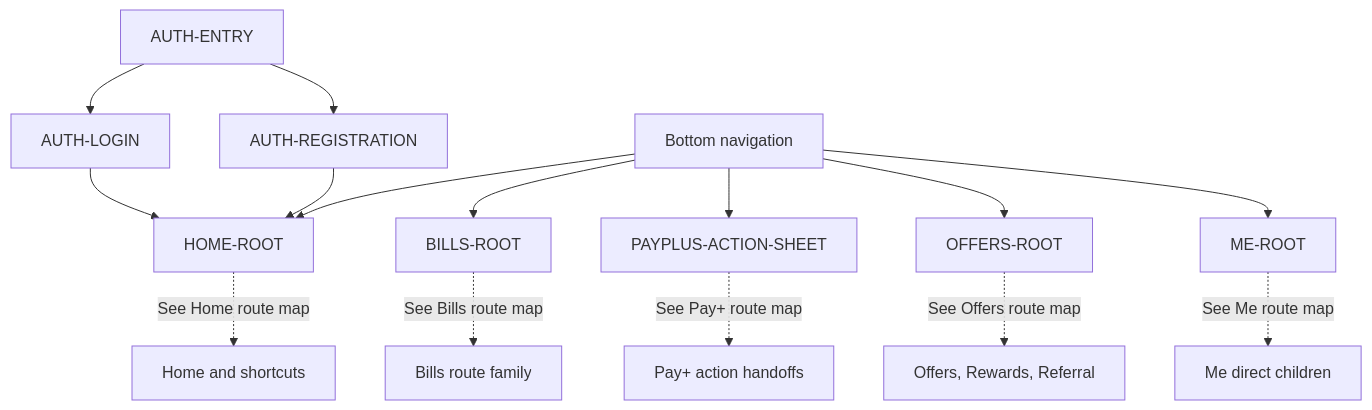
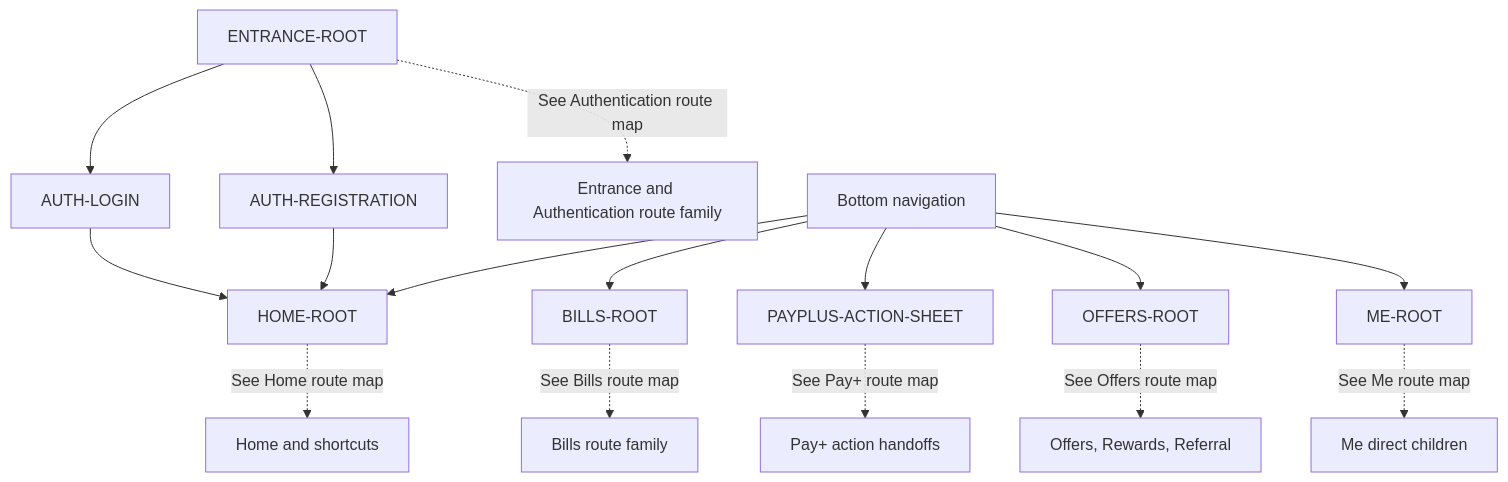
Before and after one commit to adminpayplus/payplus-docs: the diagram in docs/diagrams/routes/payplus-app-route-map.md, drawn with Mermaid. The commit also changed other lines of this file and 18 other files, not shown here.

Commit message:
Define entrance and authentication route baseline

````diff
--- a/docs/diagrams/routes/payplus-app-route-map.md
+++ b/docs/diagrams/routes/payplus-app-route-map.md
@@ -10,19 +10,20 @@
 ```mermaid
 flowchart TD
-  AUTH["AUTH-ENTRY"] --> LOGIN["AUTH-LOGIN"]
-  AUTH --> REGISTER["AUTH-REGISTRATION"]
+  ENTRANCE["ENTRANCE-ROOT"] --> LOGIN["AUTH-LOGIN"]
+  ENTRANCE --> REGISTER["AUTH-REGISTRATION"]
   LOGIN --> HOME["HOME-ROOT"]
   REGISTER --> HOME
+  ENTRANCE -. "See Authentication route map" .-> AUTHFAMILY["Entrance and Authentication route family"]
 
   NAV["Bottom navigation"] --> HOME
   NAV --> BILLS["BILLS-ROOT"]
   NAV --> PAYPLUS["PAYPLUS-ACTION-SHEET"]
   NAV --> OFFERS["OFFERS-ROOT"]
   NAV --> ME["ME-ROOT"]
 
   HOME -. "See Home route map" .-> HOMEFAMILY["Home and shortcuts"]
   BILLS -. "See Bills route map" .-> BILLSFAMILY["Bills route family"]
   PAYPLUS -. "See Pay+ route map" .-> PAYPLUSHANDOFFS["Pay+ action handoffs"]
   OFFERS -. "See Offers route map" .-> OFFERSFAMILY["Offers, Rewards, Referral"]
   ME -. "See Me route map" .-> MEFAMILY["Me direct children"]
 ```
````
